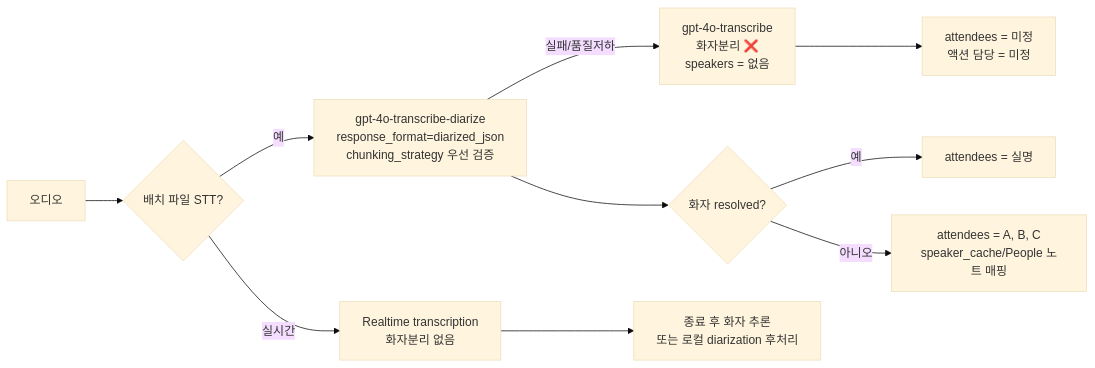
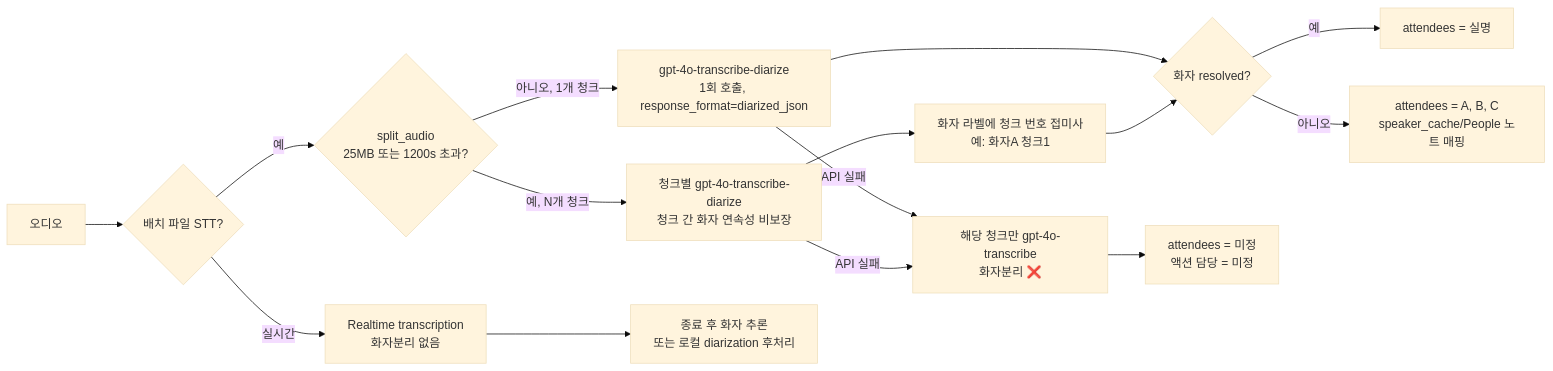
The seventh of 10 diagrams in docs/ARCHITECTURE.md (areumsim/Meeting_Minutes), drawn with Mermaid (base theme) before and after one commit. The commit also changed other lines of this file and 71 other files, not shown here.

````diff
--- a/docs/ARCHITECTURE.md
+++ b/docs/ARCHITECTURE.md
@@ -243,12 +263,17 @@
 ```mermaid
 flowchart LR
     A[오디오] --> B{배치 파일 STT?}
-    B -- 예 --> C[gpt-4o-transcribe-diarize\nresponse_format=diarized_json\nchunking_strategy 우선 검증]
-    C -- 실패/품질저하 --> E[gpt-4o-transcribe\n화자분리 ❌\nspeakers = 없음]
+    B -- 예 --> S{split_audio\n25MB 또는 1200s 초과?}
+    S -- 아니오, 1개 청크 --> C[gpt-4o-transcribe-diarize\n1회 호출, response_format=diarized_json]
+    S -- 예, N개 청크 --> C2[청크별 gpt-4o-transcribe-diarize\n청크 간 화자 연속성 비보장]
+    C2 --> L[화자 라벨에 청크 번호 접미사\n예: 화자A 청크1]
+    C -- API 실패 --> E[해당 청크만 gpt-4o-transcribe\n화자분리 ❌]
+    C2 -- API 실패 --> E
     B -- 실시간 --> R[Realtime transcription\n화자분리 없음]
     C --> F{화자 resolved?}
+    L --> F
     F -- 예 --> G[attendees = 실명]
     F -- 아니오 --> H[attendees = A, B, C\nspeaker_cache/People 노트 매핑]
     E --> I[attendees = 미정\n액션 담당 = 미정]
     R --> J[종료 후 화자 추론\n또는 로컬 diarization 후처리]
 ```
````
